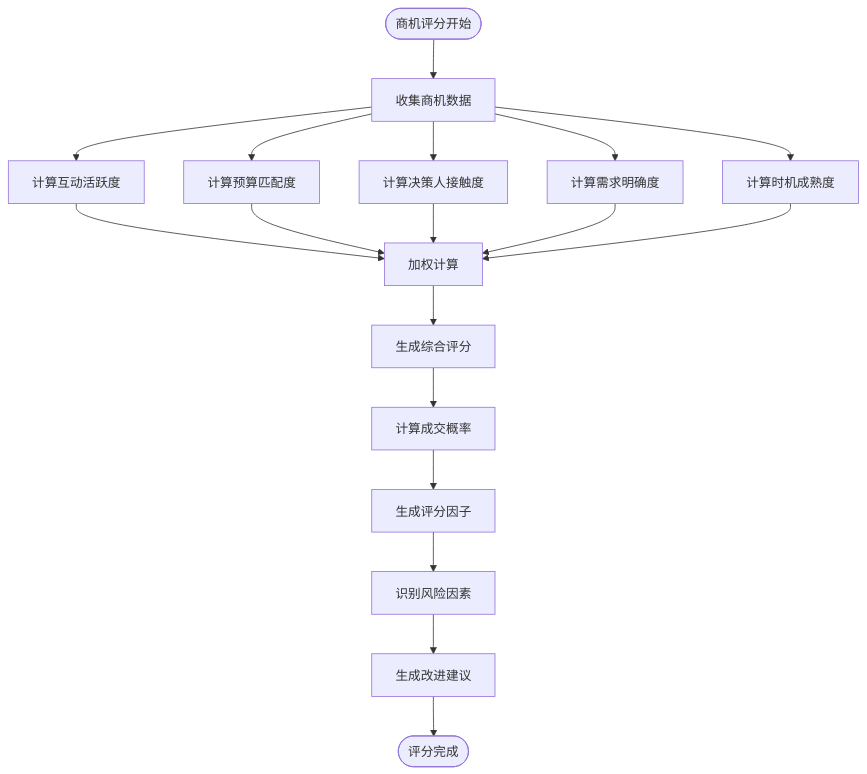
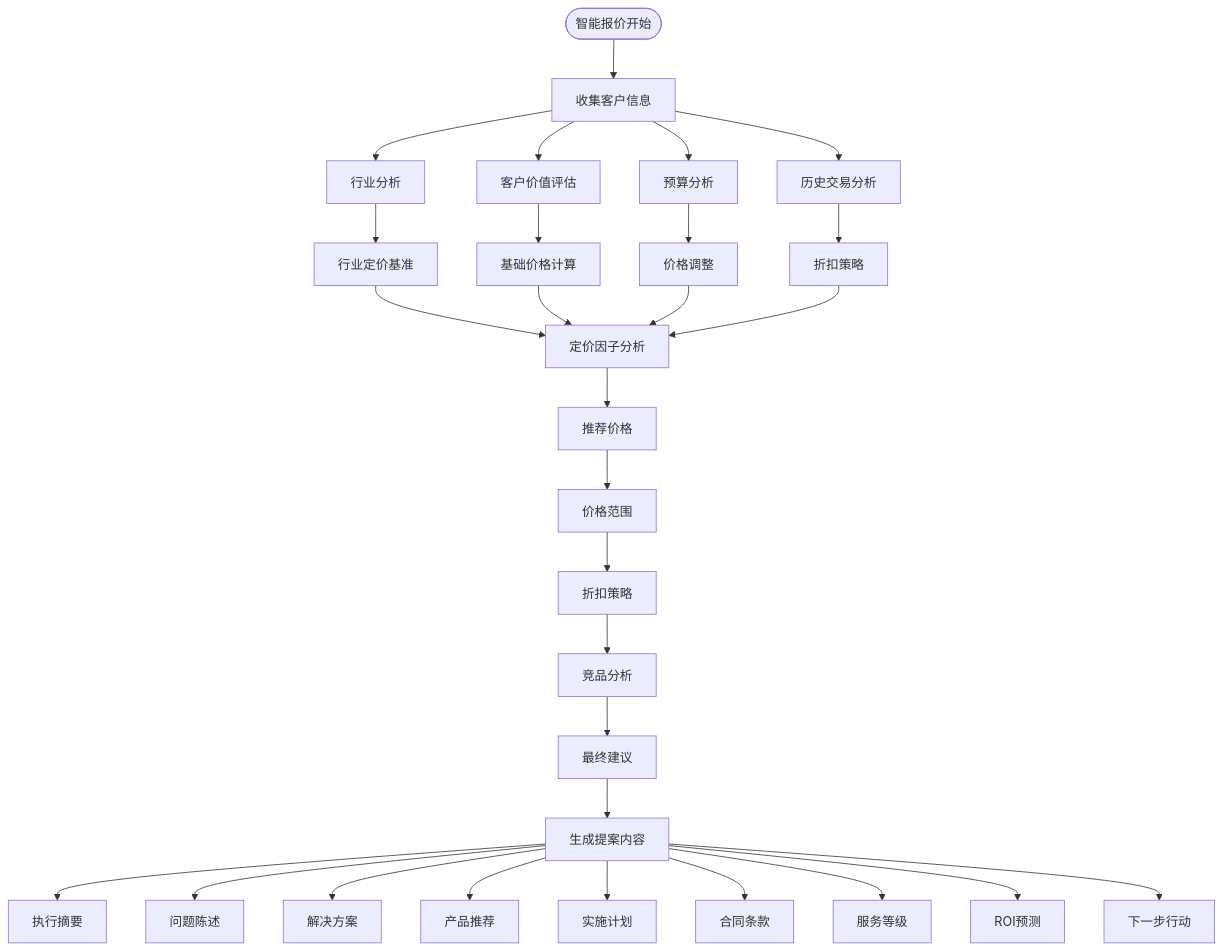
One commit to xianjianshenqu/SalesFlow-CRM changed the fifth of 11 diagrams in .qoder/repowiki/zh/content/Ai Audio Analysis.md. Above: the diagram before and after it, drawn with Mermaid. The commit also changed other lines of this file and 28 other files, not shown here.

````diff
--- a/.qoder/repowiki/zh/content/Ai Audio Analysis.md
+++ b/.qoder/repowiki/zh/content/Ai Audio Analysis.md
@@ -300,20 +370,31 @@
 ```mermaid
 flowchart TD
-Start([商机评分开始]) --> Collect[收集商机数据]
-Collect --> Engagement[计算互动活跃度]
-Collect --> Budget[计算预算匹配度]
-Collect --> Authority[计算决策人接触度]
-Collect --> Need[计算需求明确度]
-Collect --> Timing[计算时机成熟度]
-Engagement --> Weight[加权计算]
-Budget --> Weight
-Authority --> Weight
-Need --> Weight
-Timing --> Weight
-Weight --> Score[生成综合评分]
-Score --> Probability[计算成交概率]
-Probability --> Factors[生成评分因子]
-Factors --> Risks[识别风险因素]
-Risks --> Recommendations[生成改进建议]
-Recommendations --> End([评分完成])
+Start([智能报价开始]) --> Collect[收集客户信息]
+Collect --> Industry[行业分析]
+Collect --> Value[客户价值评估]
+Collect --> Budget[预算分析]
+Collect --> Previous[历史交易分析]
+Industry --> Benchmark[行业定价基准]
+Value --> BasePrice[基础价格计算]
+Budget --> PriceAdjustment[价格调整]
+Previous --> Discount[折扣策略]
+Benchmark --> PricingFactors[定价因子分析]
+BasePrice --> PricingFactors
+PriceAdjustment --> PricingFactors
+Discount --> PricingFactors
+PricingFactors --> RecommendedPrice[推荐价格]
+RecommendedPrice --> PriceRange[价格范围]
+PriceRange --> DiscountStrategy[折扣策略]
+DiscountStrategy --> Competitor[竞品分析]
+Competitor --> FinalRecommendation[最终建议]
+FinalRecommendation --> Proposal[生成提案内容]
+Proposal --> ExecutiveSummary[执行摘要]
+Proposal --> ProblemStatement[问题陈述]
+Proposal --> ProposedSolution[解决方案]
+Proposal --> ProductRecommendations[产品推荐]
+Proposal --> ImplementationPlan[实施计划]
+Proposal --> Terms[合同条款]
+Proposal --> ServiceLevel[服务等级]
+Proposal --> ROIProjection[ROI预测]
+Proposal --> NextSteps[下一步行动]
 ```
````
